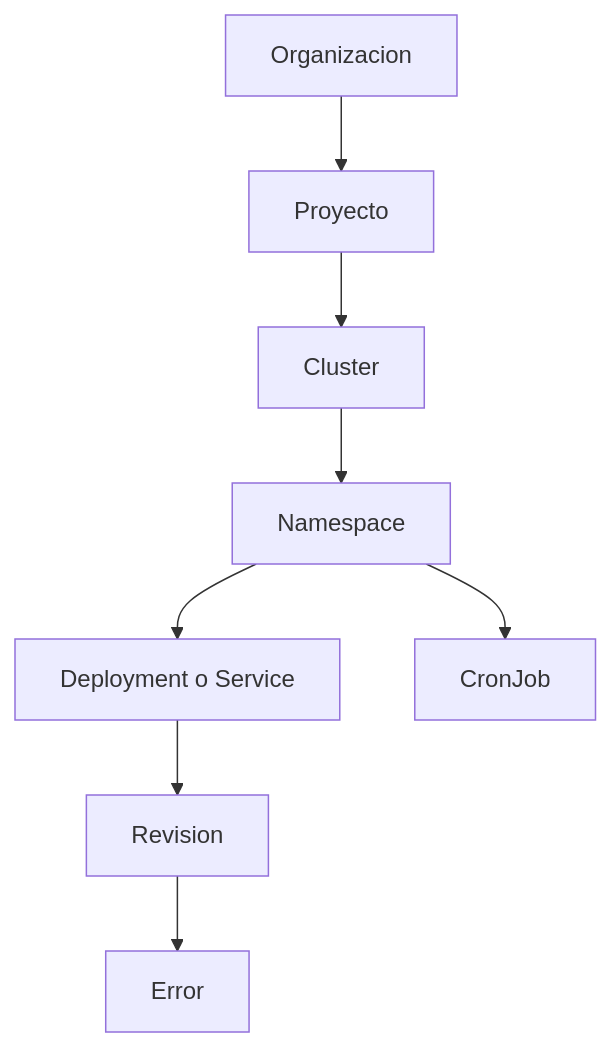
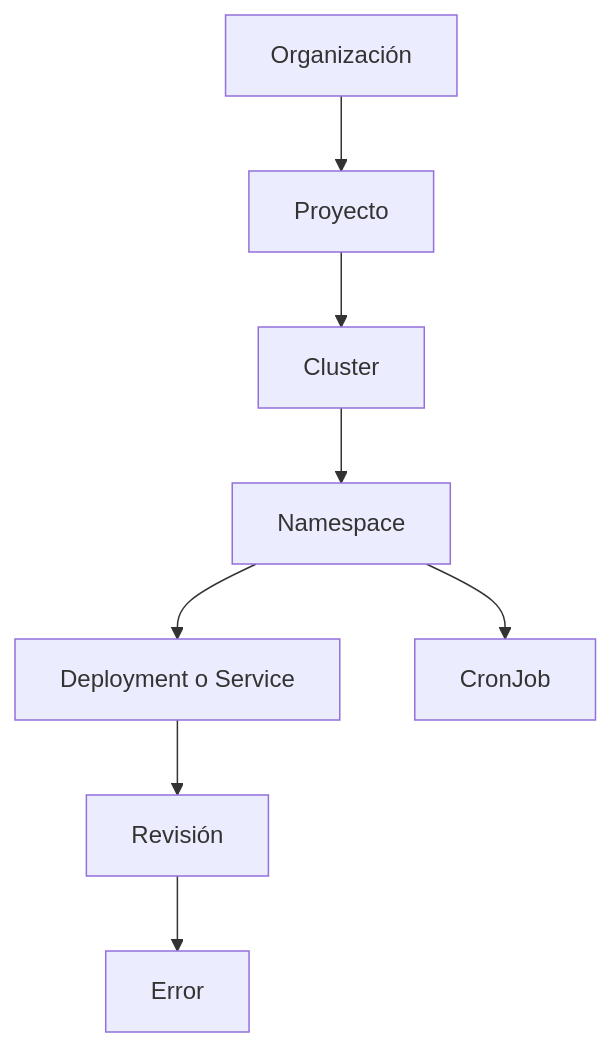
Before and after one commit to Moonin-Lab/Moonin-Docs: the first of 5 diagrams in src/content/docs/es/index.md, drawn with Mermaid. The commit also changed other lines of this file and 84 other files, not shown here.

````diff
--- a/src/content/docs/es/index.md
+++ b/src/content/docs/es/index.md
@@ -40,19 +50,19 @@
 ```mermaid
 flowchart TD
-    O[Organizacion]
+    O[Organización]
     P[Proyecto]
     C[Cluster]
     N[Namespace]
     D[Deployment o Service]
-    R[Revision]
+    R[Revisión]
     E[Error]
     CJ[CronJob]
 
     O --> P
     P --> C
     C --> N
     N --> D
     D --> R
     R --> E
     N --> CJ
 ```
````
